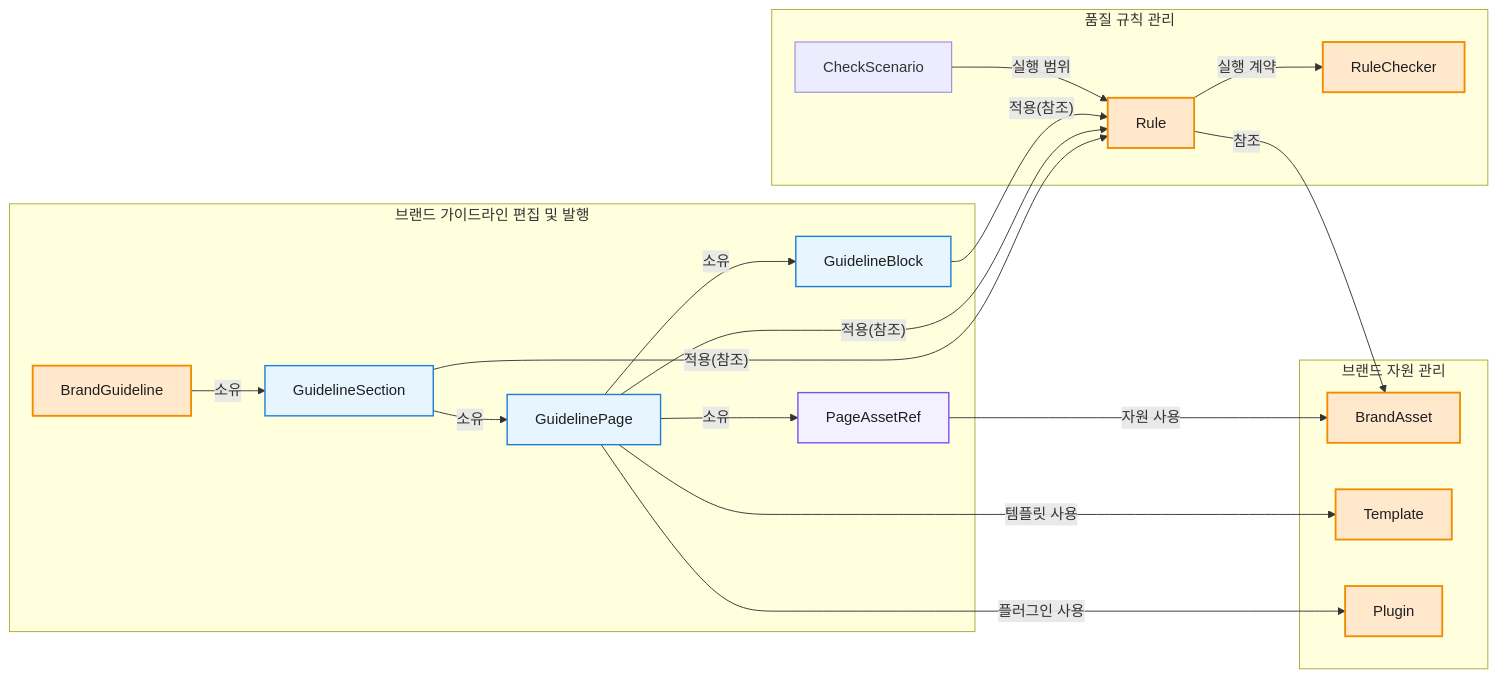
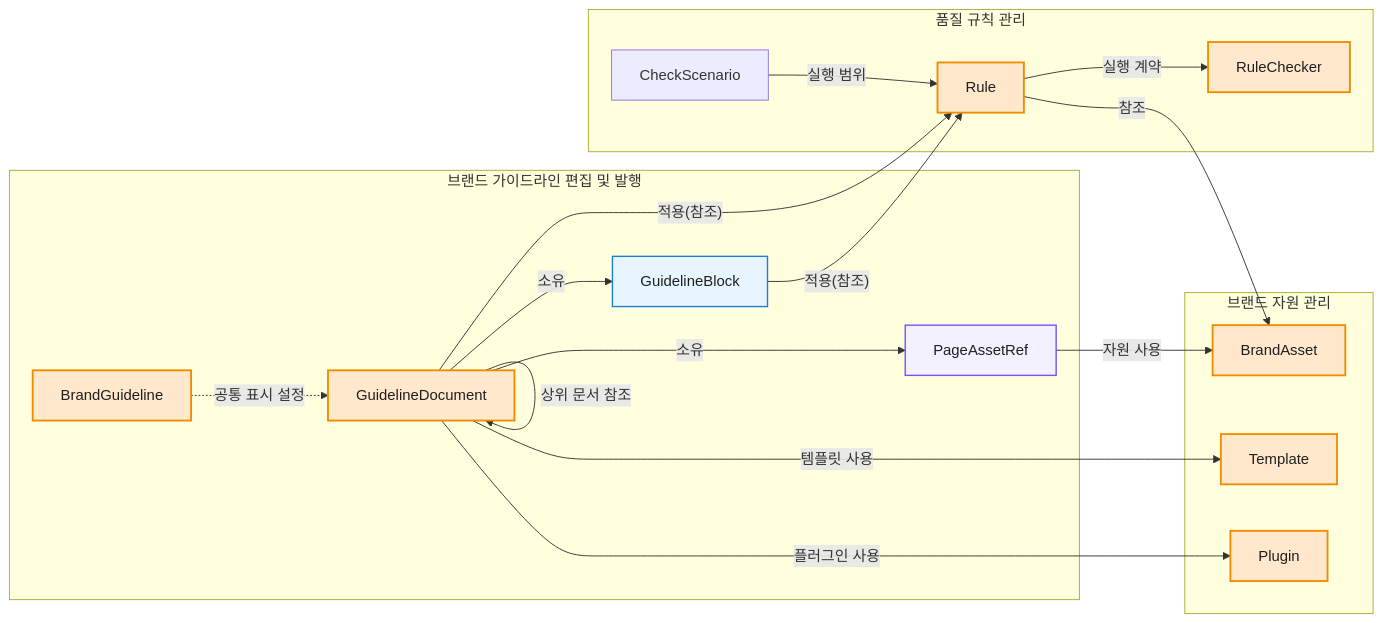
One commit to ewoooo/living-brand-system changed the third of 5 diagrams in docs/04-domain-model.md. Above: the diagram before and after it, drawn with Mermaid. The commit also changed other lines of this file and 6 other files, not shown here.

````diff
--- a/docs/04-domain-model.md
+++ b/docs/04-domain-model.md
@@ -267,44 +281,42 @@
 ```mermaid
 flowchart LR
   subgraph Edit["브랜드 가이드라인 편집 및 발행"]
     BrandGuideline["BrandGuideline"]
-    Section["GuidelineSection"]
-    Page["GuidelinePage"]
+    Document["GuidelineDocument"]
     Block["GuidelineBlock"]
     PageAssetRefNode["PageAssetRef"]
   end
 
   subgraph QualityRule["품질 규칙 관리"]
     Rule["Rule"]
     RuleChecker["RuleChecker"]
     CheckScenario["CheckScenario"]
   end
 
   subgraph Resource["브랜드 자원 관리"]
     BrandAsset["BrandAsset"]
     Template["Template"]
     Plugin["Plugin"]
   end
 
-  BrandGuideline -->|"소유"| Section
-  Section -->|"소유"| Page
-  Page -->|"소유"| Block
-  Section -->|"적용(참조)"| Rule
-  Page -->|"적용(참조)"| Rule
+  BrandGuideline -.->|"공통 표시 설정"| Document
+  Document -->|"상위 문서 참조"| Document
+  Document -->|"소유"| Block
+  Document -->|"적용(참조)"| Rule
   Block -->|"적용(참조)"| Rule
   Rule -->|"실행 계약"| RuleChecker
   CheckScenario -->|"실행 범위"| Rule
-  Page -->|"소유"| PageAssetRefNode
+  Document -->|"소유"| PageAssetRefNode
   PageAssetRefNode -->|"자원 사용"| BrandAsset
-  Page -->|"템플릿 사용"| Template
-  Page -->|"플러그인 사용"| Plugin
+  Document -->|"템플릿 사용"| Template
+  Document -->|"플러그인 사용"| Plugin
   Rule -->|"참조"| BrandAsset
 
   classDef aggregate fill:#FFE8CC,stroke:#F08C00,stroke-width:2px,color:#1F1F1F;
   classDef entity fill:#E7F5FF,stroke:#1C7ED6,stroke-width:1.5px,color:#1F1F1F;
   classDef childEntity fill:#F3F0FF,stroke:#7950F2,stroke-width:1.5px,color:#1F1F1F;
 
-  class BrandGuideline,Rule,RuleChecker,BrandAsset,Template,Plugin aggregate;
-  class Section,Page,Block entity;
+  class BrandGuideline,Document,Rule,RuleChecker,BrandAsset,Template,Plugin aggregate;
+  class Block entity;
   class PageAssetRefNode childEntity;
 ```
````
